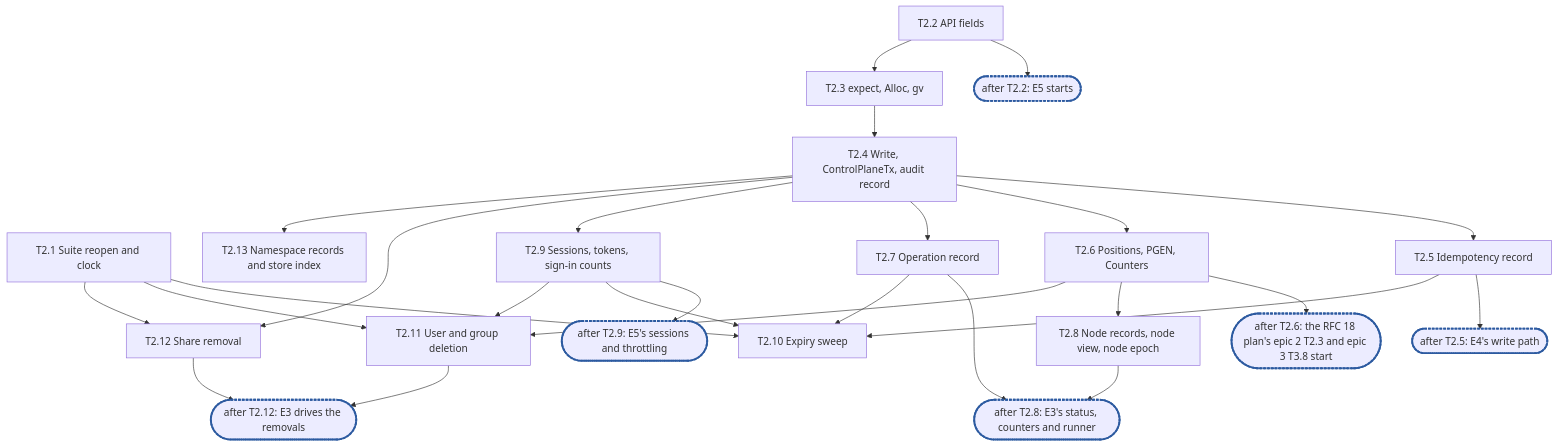
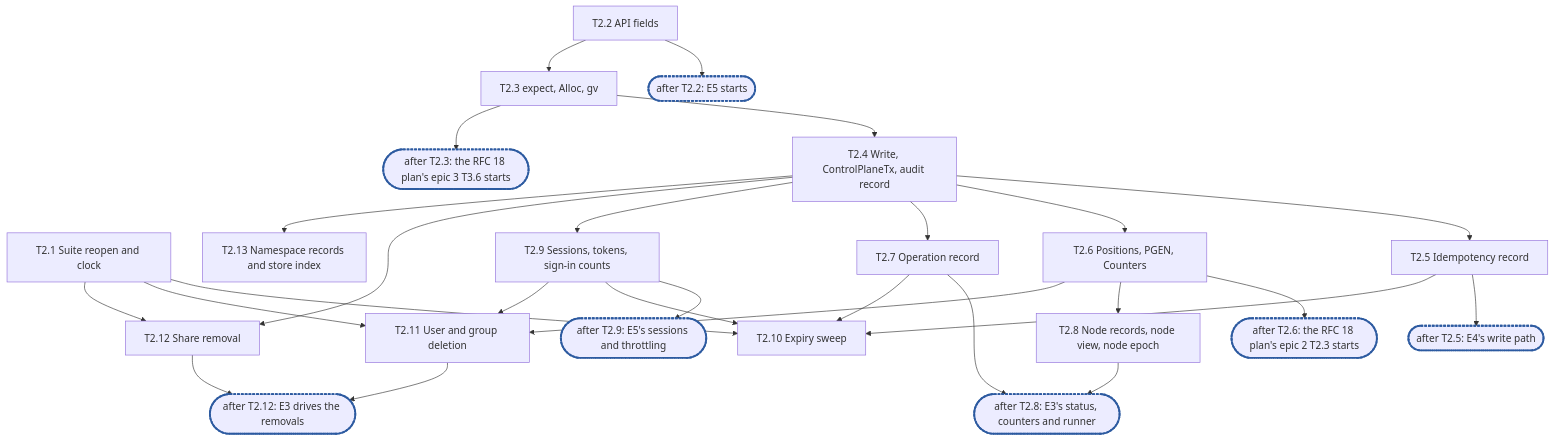
One commit to cubbit/dittofs changed the diagram in docs/internals/planning/rfc-23-control-plane-epic2.md. Above: the diagram before and after it, drawn with Mermaid. The commit also changed other lines of this file, not shown here.

Commit message:
docs(planning): RFC 18 epic 3 waits on T2.3's grant version

````diff
--- a/docs/internals/planning/rfc-23-control-plane-epic2.md
+++ b/docs/internals/planning/rfc-23-control-plane-epic2.md
@@ -818,22 +819,23 @@
 ```mermaid
 flowchart TD
   T2_1["T2.1 Suite reopen and clock"]
   T2_2["T2.2 API fields"] --> C0(["after T2.2: E5 starts"]):::sync
   T2_2 --> T2_3["T2.3 expect, Alloc, gv"]
   T2_3 --> T2_4["T2.4 Write, ControlPlaneTx, audit record"]
   T2_4 --> T2_5["T2.5 Idempotency record"]
   T2_5 --> C1(["after T2.5: E4's write path"]):::sync
   T2_4 --> T2_6["T2.6 Positions, PGEN, Counters"]
   T2_4 --> T2_7["T2.7 Operation record"]
-  T2_6 --> C5(["after T2.6: the RFC 18 plan's epic 2 T2.3 and epic 3 T3.8 start"]):::sync
+  T2_6 --> C5(["after T2.6: the RFC 18 plan's epic 2 T2.3 starts"]):::sync
+  T2_3 --> C6(["after T2.3: the RFC 18 plan's epic 3 T3.6 starts"]):::sync
   T2_6 --> T2_8["T2.8 Node records, node view, node epoch"]
   T2_7 & T2_8 --> C2(["after T2.8: E3's status, counters and runner"]):::sync
   T2_4 --> T2_9["T2.9 Sessions, tokens, sign-in counts"]
   T2_9 --> C4(["after T2.9: E5's sessions and throttling"]):::sync
   T2_1 & T2_5 & T2_7 & T2_9 --> T2_10["T2.10 Expiry sweep"]
   T2_1 & T2_6 & T2_9 --> T2_11["T2.11 User and group deletion"]
   T2_1 & T2_4 --> T2_12["T2.12 Share removal"]
   T2_4 --> T2_13["T2.13 Namespace records and store index"]
   T2_11 & T2_12 --> C3(["after T2.12: E3 drives the removals"]):::sync
   classDef sync stroke:#2c5aa0,stroke-width:3px,stroke-dasharray:4 2
 ```
````
